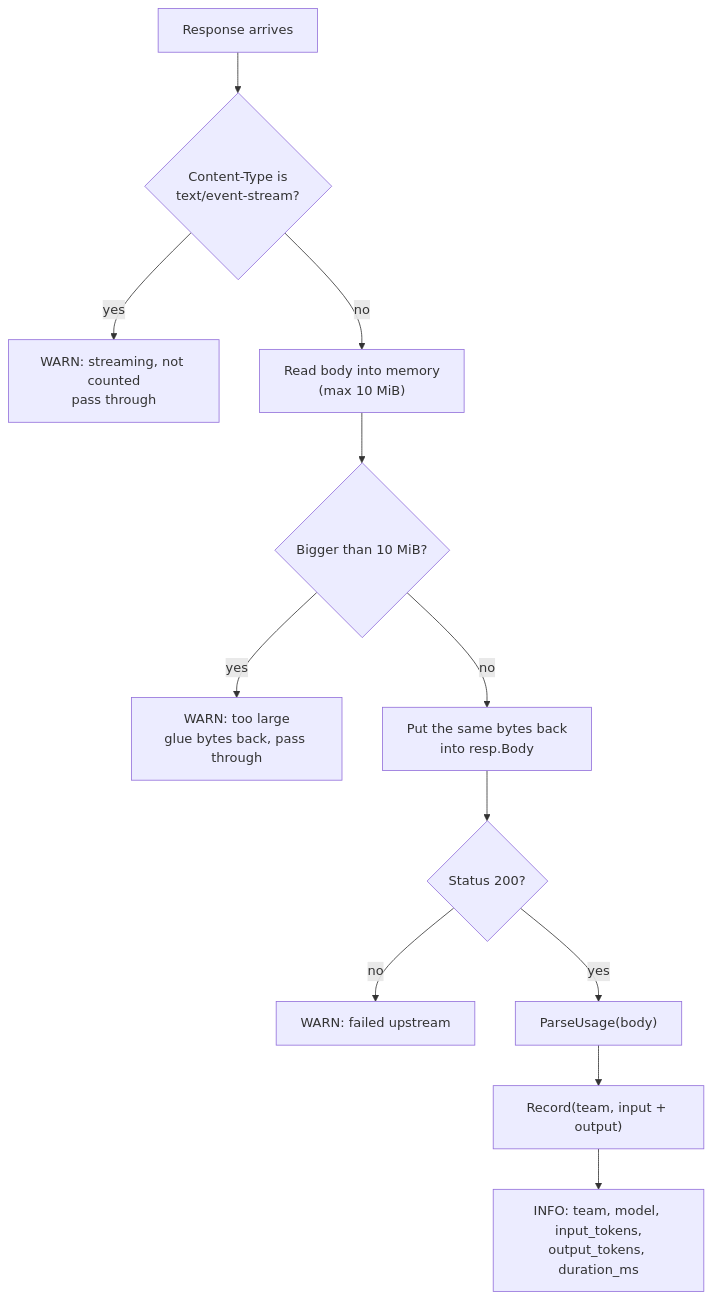
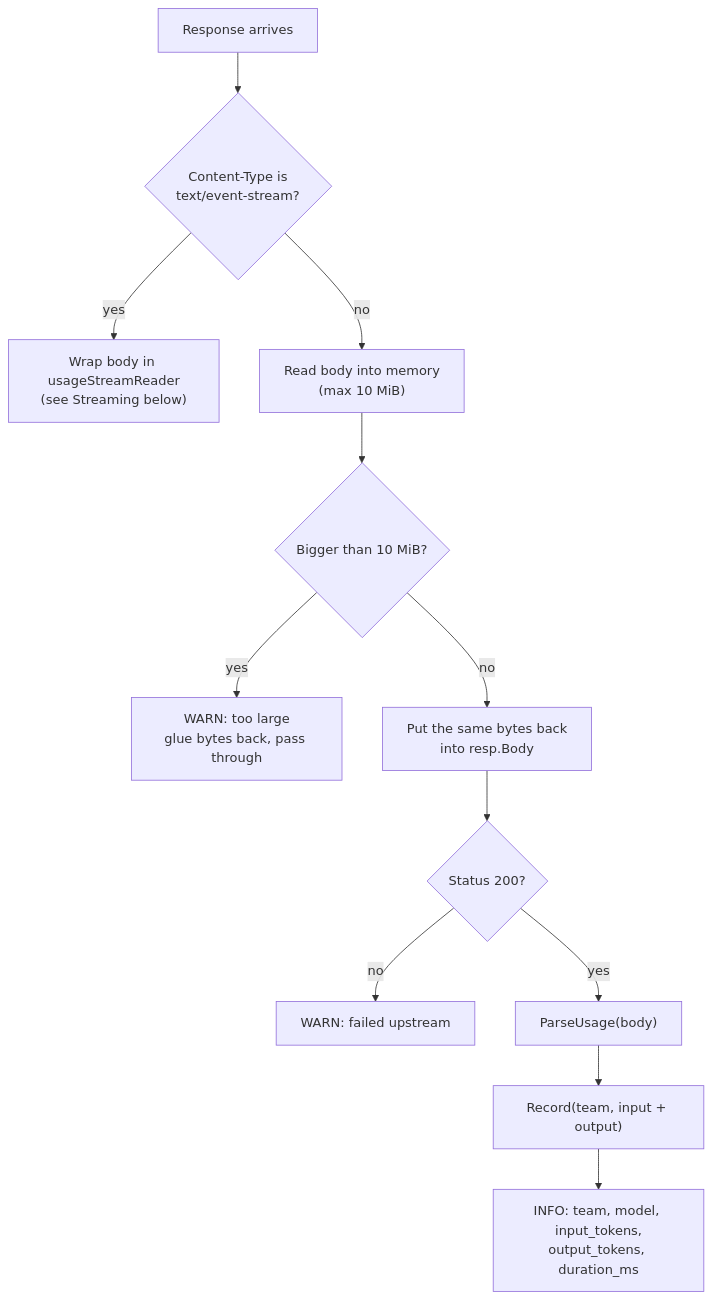
One commit to chikolavosaki-sys/agent-budget changed the third of 5 diagrams in docs/ARCHITECTURE.md. Above: the diagram before and after it, drawn with Mermaid. The commit also changed other lines of this file and 6 other files, not shown here.

````diff
--- a/docs/ARCHITECTURE.md
+++ b/docs/ARCHITECTURE.md
@@ -105,14 +112,14 @@
 ```mermaid
 flowchart TD
     R["Response arrives"] --> S{"Content-Type is<br/>text/event-stream?"}
-    S -- yes --> W1["WARN: streaming, not counted<br/>pass through"]
+    S -- yes --> W1["Wrap body in usageStreamReader<br/>(see Streaming below)"]
     S -- no --> B["Read body into memory<br/>(max 10 MiB)"]
     B --> T{"Bigger than 10 MiB?"}
     T -- yes --> W2["WARN: too large<br/>glue bytes back, pass through"]
     T -- no --> C["Put the same bytes back<br/>into resp.Body"]
     C --> O{"Status 200?"}
     O -- no --> W3["WARN: failed upstream"]
     O -- yes --> P["ParseUsage(body)"]
     P --> R2["Record(team, input + output)"]
     R2 --> OK["INFO: team, model, input_tokens,<br/>output_tokens, duration_ms"]
 ```
````
